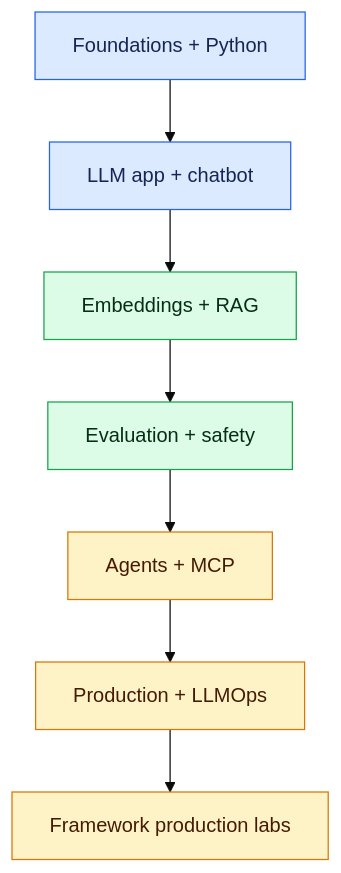
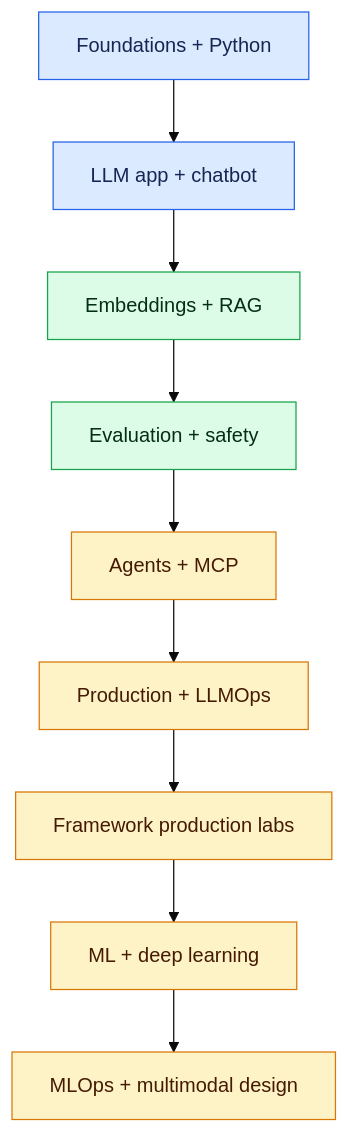
The diagram in docs/03-ai/ai-development-zero-to-job-ready/README.md (Skpandey15/java-enterprise-ai-architecture), drawn with Mermaid (base theme) before and after one commit. The commit also changed other lines of this file, not shown here.

````diff
--- a/docs/03-ai/ai-development-zero-to-job-ready/README.md
+++ b/docs/03-ai/ai-development-zero-to-job-ready/README.md
@@ -27,15 +38,17 @@
 ```mermaid
 flowchart TD
   A["Foundations + Python"] --> B["LLM app + chatbot"]
   B --> C["Embeddings + RAG"]
   C --> D["Evaluation + safety"]
   D --> E["Agents + MCP"]
   E --> F["Production + LLMOps"]
   F --> G["Framework production labs"]
+  G --> H["ML + deep learning"]
+  H --> I["MLOps + multimodal design"]
   classDef learn fill:#dbeafe,stroke:#2563eb,color:#172554
   classDef build fill:#dcfce7,stroke:#16a34a,color:#052e16
   classDef operate fill:#fef3c7,stroke:#d97706,color:#451a03
   class A,B learn
   class C,D build
-  class E,F,G operate
+  class E,F,G,H,I operate
 ```
````
